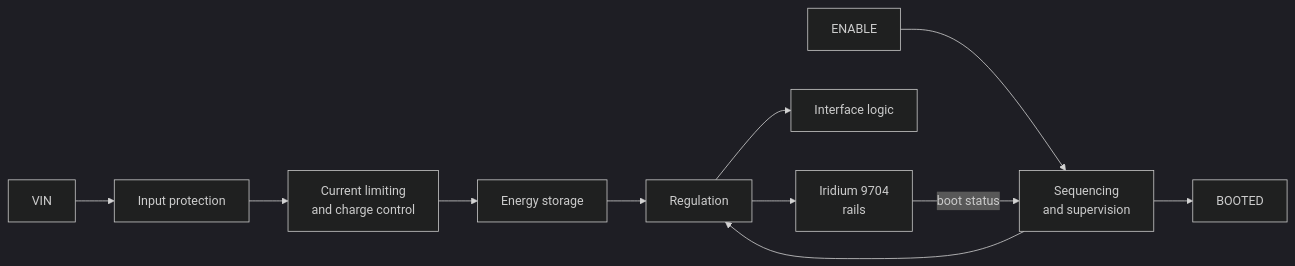
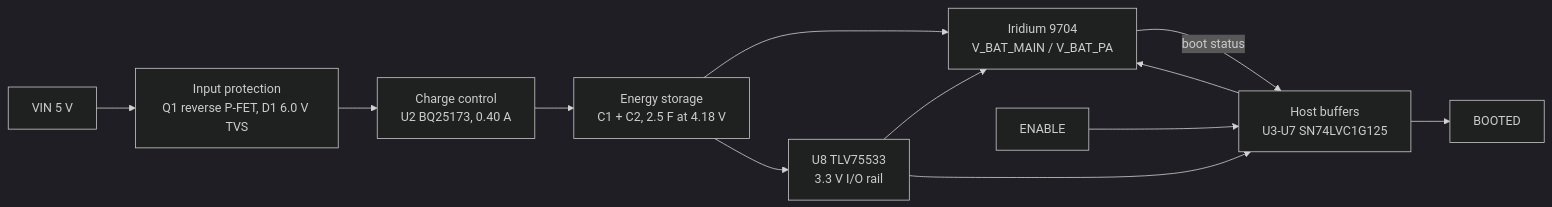
One commit to Telemetry-Station/sdk changed the diagram in BEAR_Module/docs/04_Power_Management.md. Above: the diagram before and after it, drawn with Mermaid (dark theme). The commit also changed other lines of this file and 25 other files, not shown here.

````diff
--- a/BEAR_Module/docs/04_Power_Management.md
+++ b/BEAR_Module/docs/04_Power_Management.md
@@ -20,13 +23,12 @@
 ```mermaid
 flowchart LR
-    VIN[VIN] --> PROT["Input protection"]
-    PROT --> LIM["Current limiting<br/>and charge control"]
-    LIM --> STORE["Energy storage"]
-    STORE --> REG["Regulation"]
-    REG --> MODEM["Iridium 9704<br/>rails"]
-    REG --> LOGIC["Interface logic"]
-    EN[ENABLE] --> SEQ["Sequencing<br/>and supervision"]
-    SEQ --> REG
-    MODEM -->|boot status| SEQ
-    SEQ --> BOOTED[BOOTED]
+    VIN["VIN 5 V"] --> PROT["Input protection<br/>Q1 reverse P-FET, D1 6.0 V TVS"]
+    PROT --> CHG["Charge control<br/>U2 BQ25173, 0.40 A"]
+    CHG --> STORE["Energy storage<br/>C1 + C2, 2.5 F at 4.18 V"]
+    STORE --> MODEM["Iridium 9704<br/>V_BAT_MAIN / V_BAT_PA"]
+    STORE --> LDO["U8 TLV75533<br/>3.3 V I/O rail"]
+    LDO --> MODEM
+    LDO --> LOGIC["Host buffers<br/>U3-U7 SN74LVC1G125"]
+    EN[ENABLE] --> LOGIC --> MODEM
+    MODEM -->|boot status| LOGIC --> BOOTED[BOOTED]
 ```
````
